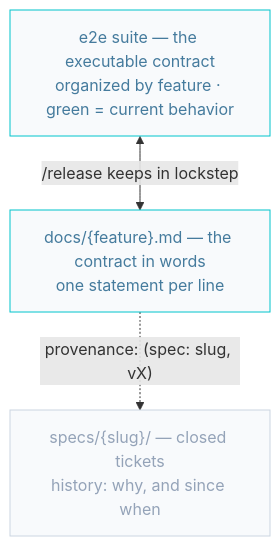
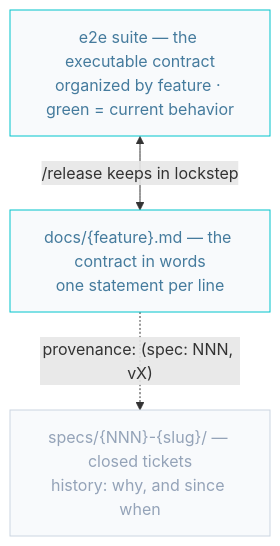
One commit to AIDDbot/AIDDbot changed the first of 7 diagrams in docs/AIDD.diagrams.md. Above: the diagram before and after it, drawn with Mermaid. The commit also changed other lines of this file and 19 other files, not shown here.

````diff
--- a/docs/AIDD.diagrams.md
+++ b/docs/AIDD.diagrams.md
@@ -13,12 +13,12 @@
 ```mermaid
 flowchart TB
   classDef nd fill:#f8fafc,stroke:#00c4cc,color:#457b9d
   classDef hist fill:#f8fafc,stroke:#cbd5e1,color:#94a3b8
 
   E2E["e2e suite — the executable contract<br/>organized by feature · green = current behavior"]:::nd
   DOC["docs/{feature}.md — the contract in words<br/>one statement per line"]:::nd
-  SPECS["specs/{slug}/ — closed tickets<br/>history: why, and since when"]:::hist
+  SPECS["specs/{NNN}-{slug}/ — closed tickets<br/>history: why, and since when"]:::hist
 
   E2E <-->|"/release keeps in lockstep"| DOC
-  DOC -.->|"provenance: (spec: slug, vX)"| SPECS
+  DOC -.->|"provenance: (spec: NNN, vX)"| SPECS
 ```
````
